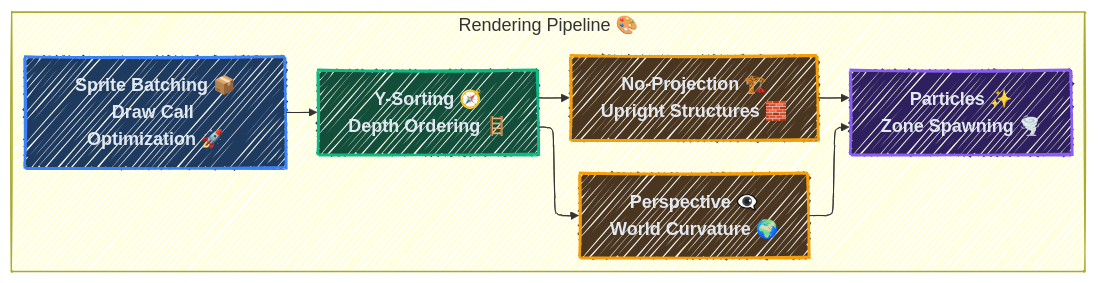
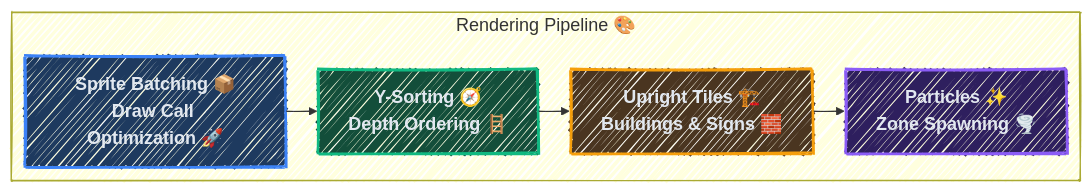
Before and after one commit to baaz777/rift: the third of 5 diagrams in README.md, drawn with Mermaid. The commit also changed other lines of this file, not shown here.

````diff
--- a/README.md
+++ b/README.md
@@ -265,29 +293,26 @@
 ```mermaid
 ---
 config:
   look: handDrawn
   theme: mc
   themeVariables:
     fontSize: 18px
   layout: elk
 ---
 flowchart LR
   classDef batch fill:#1e3a5f,stroke:#3b82f6,stroke-width:2.5px,color:#e2e8f0,font-weight:800
   classDef sort fill:#134e3a,stroke:#10b981,stroke-width:2.5px,color:#e2e8f0,font-weight:800
   classDef proj fill:#4a3520,stroke:#f59e0b,stroke-width:2.5px,color:#e2e8f0,font-weight:800
   classDef fx fill:#2e1f5e,stroke:#8b5cf6,stroke-width:2.5px,color:#e2e8f0,font-weight:800
 
   subgraph Pipeline["Rendering Pipeline 🎨"]
     B["Sprite Batching 📦<br/>Draw Call Optimization 🚀"]:::batch
     Y["Y-Sorting 🧭<br/>Depth Ordering 🪜"]:::sort
-    P["Perspective 👁️‍🗨️<br/>World Curvature 🌍"]:::proj
-    N["No-Projection 🏗️<br/>Upright Structures 🧱"]:::proj
+    N["Upright Tiles 🏗️<br/>Buildings & Signs 🧱"]:::proj
     FX["Particles ✨<br/>Zone Spawning 🌪️"]:::fx
   end
 
   B --> Y
-  Y --> P
   Y --> N
-  P --> FX
   N --> FX
 ```
````
